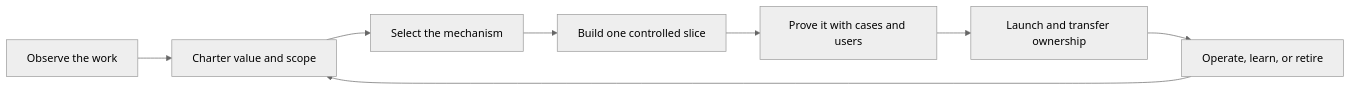
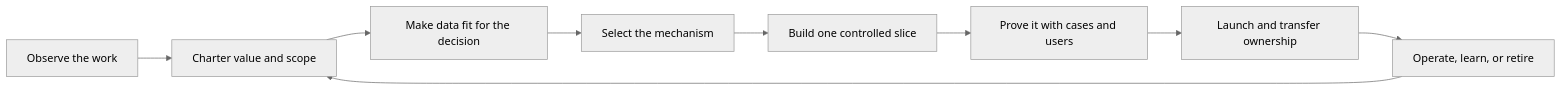
The first of 2 diagrams in guide/README.md (davidahmann/fde-guide), drawn with Mermaid (neutral theme) before and after one commit. The commit also changed other lines of this file and 55 other files, not shown here.

First line of the commit message:
Add decision-scoped data readiness (#24)

````diff
--- a/guide/README.md
+++ b/guide/README.md
@@ -30,10 +30,11 @@
 ```mermaid
 flowchart LR
     A["Observe the work"] --> B["Charter value and scope"]
-    B --> C["Select the mechanism"]
-    C --> D["Build one controlled slice"]
-    D --> E["Prove it with cases and users"]
-    E --> F["Launch and transfer ownership"]
-    F --> G["Operate, learn, or retire"]
-    G --> B
+    B --> C["Make data fit for the decision"]
+    C --> D["Select the mechanism"]
+    D --> E["Build one controlled slice"]
+    E --> F["Prove it with cases and users"]
+    F --> G["Launch and transfer ownership"]
+    G --> H["Operate, learn, or retire"]
+    H --> B
 ```
````
